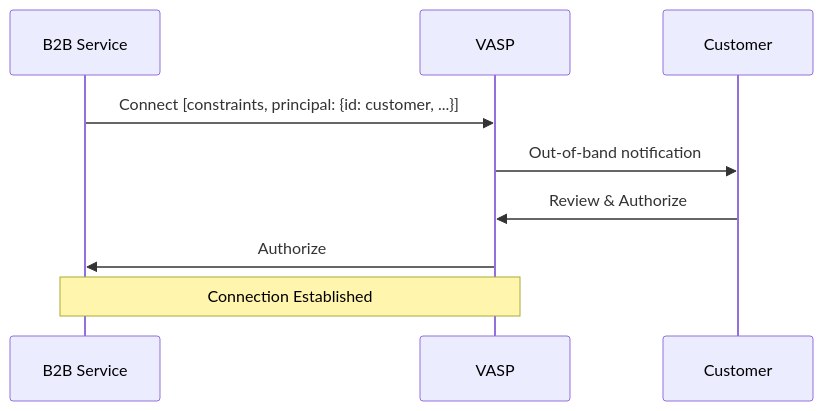
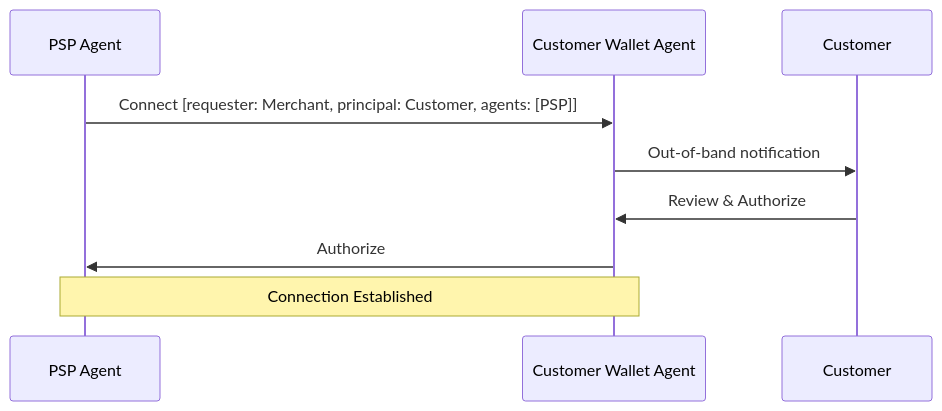
Before and after one commit to TransactionAuthorizationProtocol/TAIPs: the first of 5 diagrams in TAIPs/taip-15.md, drawn with Mermaid. The commit also changed other lines of this file and 7 other files, not shown here.

First line of the commit message:
BREAKING: Restructure TAIP-15 Agent Connection Protocol

````diff
--- a/TAIPs/taip-15.md
+++ b/TAIPs/taip-15.md
@@ -205,12 +241,12 @@
 ```mermaid
 sequenceDiagram
-    participant B2B as B2B Service
-    participant VASP
+    participant PSP as PSP Agent
+    participant CustomerWallet as Customer Wallet Agent
     participant Customer
 
-    B2B->>VASP: Connect [constraints, principal: {id: customer, ...}]
-    VASP->>Customer: Out-of-band notification
-    Customer->>VASP: Review & Authorize
-    VASP->>B2B: Authorize
-    Note over B2B,VASP: Connection Established
+    PSP->>CustomerWallet: Connect [requester: Merchant, principal: Customer, agents: [PSP]]
+    CustomerWallet->>Customer: Out-of-band notification
+    Customer->>CustomerWallet: Review & Authorize
+    CustomerWallet->>PSP: Authorize
+    Note over PSP,CustomerWallet: Connection Established
 ```
````
